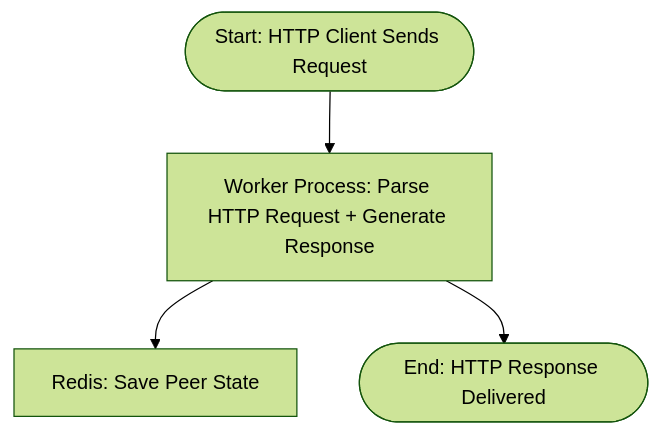
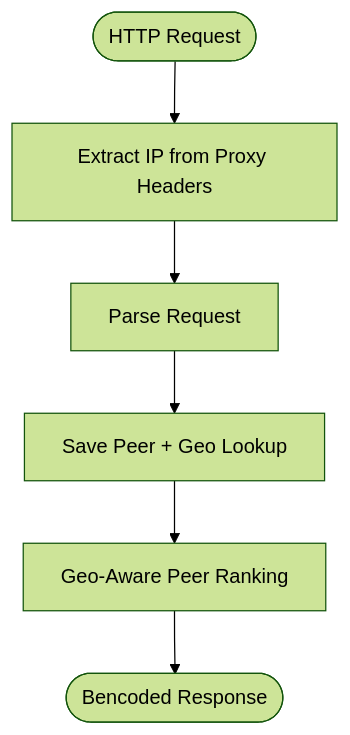
One commit to coreproject-moe/coreproject changed the sixth of 7 diagrams in tracker/docs/docs/architecture.md. Above: the diagram before and after it, drawn with Mermaid (forest theme). The commit also changed other lines of this file and 43 other files, not shown here.

````diff
--- a/tracker/docs/docs/architecture.md
+++ b/tracker/docs/docs/architecture.md
@@ -220,12 +315,11 @@
 ```mermaid
 flowchart TD
-    HTTPStart([Start: HTTP Client Sends Request])
-    HTTPWorker[Worker Process: Parse HTTP Request + Generate Response]
-    HTTPRedisState[Redis: Save Peer State]
-    HTTPEnd([End: HTTP Response Delivered])
-
-    HTTPStart --> HTTPWorker
-    HTTPWorker --> HTTPRedisState
-    HTTPWorker --> HTTPEnd
-
+    HTTPStart([HTTP Request])
+    HTTPProxy[Extract IP from Proxy Headers]
+    HTTPWorker[Parse Request]
+    HTTPRedis[Save Peer + Geo Lookup]
+    HTTPRank[Geo-Aware Peer Ranking]
+    HTTPEnd([Bencoded Response])
+    HTTPStart --> HTTPProxy --> HTTPWorker
+    HTTPWorker --> HTTPRedis --> HTTPRank --> HTTPEnd
 ```
````
